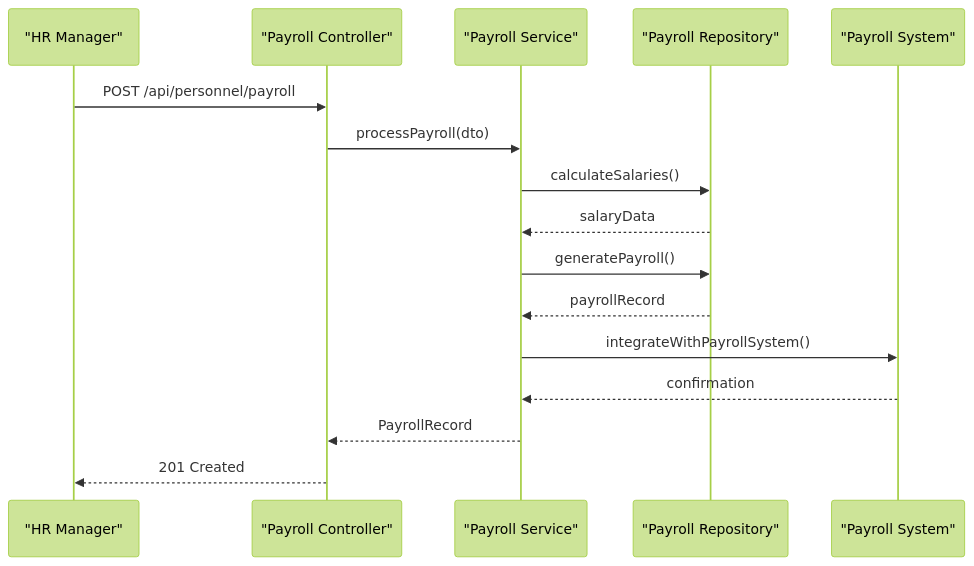
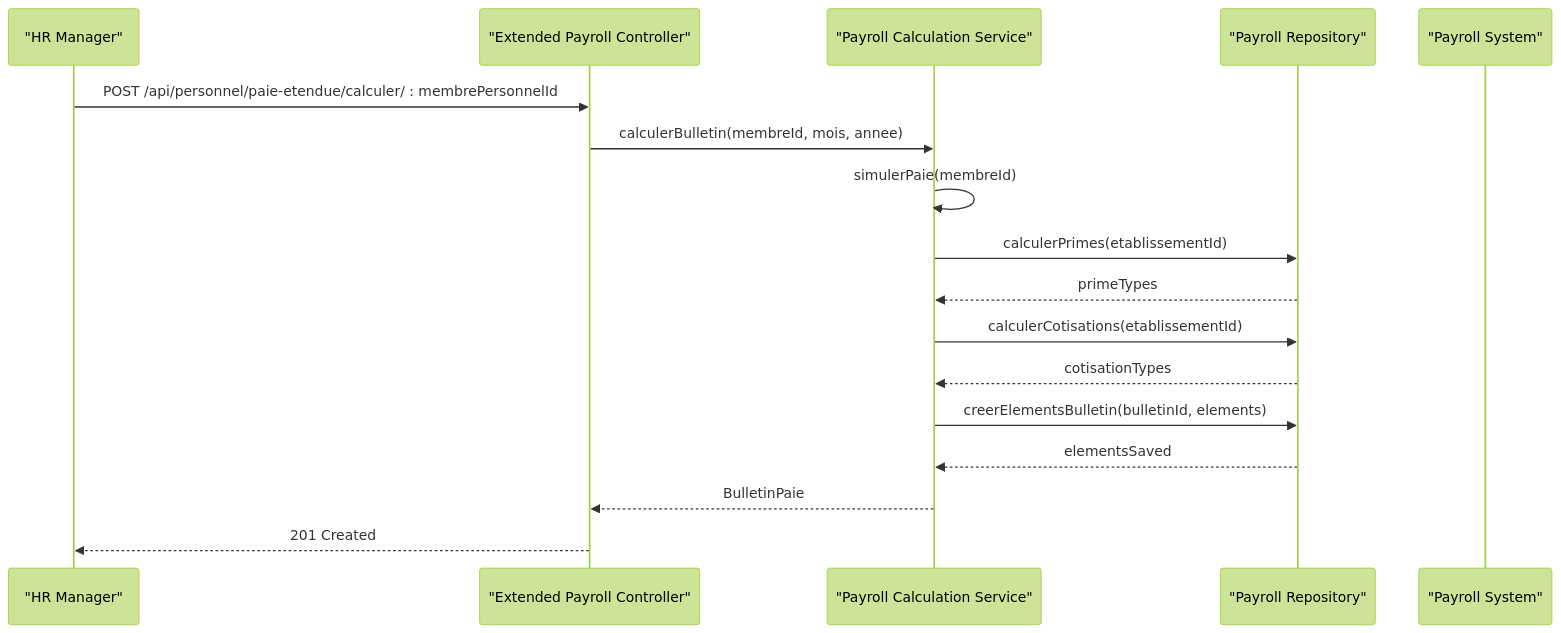
Before and after one commit to franckylab/eLISAschool: the fifth of 8 diagrams in .qoder/repowiki/en/content/Modules & Features/Administrative Modules/Personnel & Human Resources.md, drawn with Mermaid (forest theme). The commit also changed other lines of this file and 151 other files, not shown here.

````diff
--- a/.qoder/repowiki/en/content/Modules & Features/Administrative Modules/Personnel & Human Resources.md
+++ b/.qoder/repowiki/en/content/Modules & Features/Administrative Modules/Personnel & Human Resources.md
@@ -420,18 +623,19 @@
 ```mermaid
 sequenceDiagram
 participant HR as "HR Manager"
-participant PPCtrl as "Payroll Controller"
-participant PPSvc as "Payroll Service"
+participant PPCtrl as "Extended Payroll Controller"
+participant PPSvc as "Payroll Calculation Service"
 participant PRepo as "Payroll Repository"
 participant PayrollSys as "Payroll System"
-HR->>PPCtrl : POST /api/personnel/payroll
-PPCtrl->>PPSvc : processPayroll(dto)
-PPSvc->>PRepo : calculateSalaries()
-PRepo-->>PPSvc : salaryData
-PPSvc->>PRepo : generatePayroll()
-PRepo-->>PPSvc : payrollRecord
-PPSvc->>PayrollSys : integrateWithPayrollSystem()
-PayrollSys-->>PPSvc : confirmation
-PPSvc-->>PPCtrl : PayrollRecord
+HR->>PPCtrl : POST /api/personnel/paie-etendue/calculer/ : membrePersonnelId
+PPCtrl->>PPSvc : calculerBulletin(membreId, mois, annee)
+PPSvc->>PPSvc : simulerPaie(membreId)
+PPSvc->>PRepo : calculerPrimes(etablissementId)
+PRepo-->>PPSvc : primeTypes
+PPSvc->>PRepo : calculerCotisations(etablissementId)
+PRepo-->>PPSvc : cotisationTypes
+PPSvc->>PRepo : creerElementsBulletin(bulletinId, elements)
+PRepo-->>PPSvc : elementsSaved
+PPSvc-->>PPCtrl : BulletinPaie
 PPCtrl-->>HR : 201 Created
 ```
````
